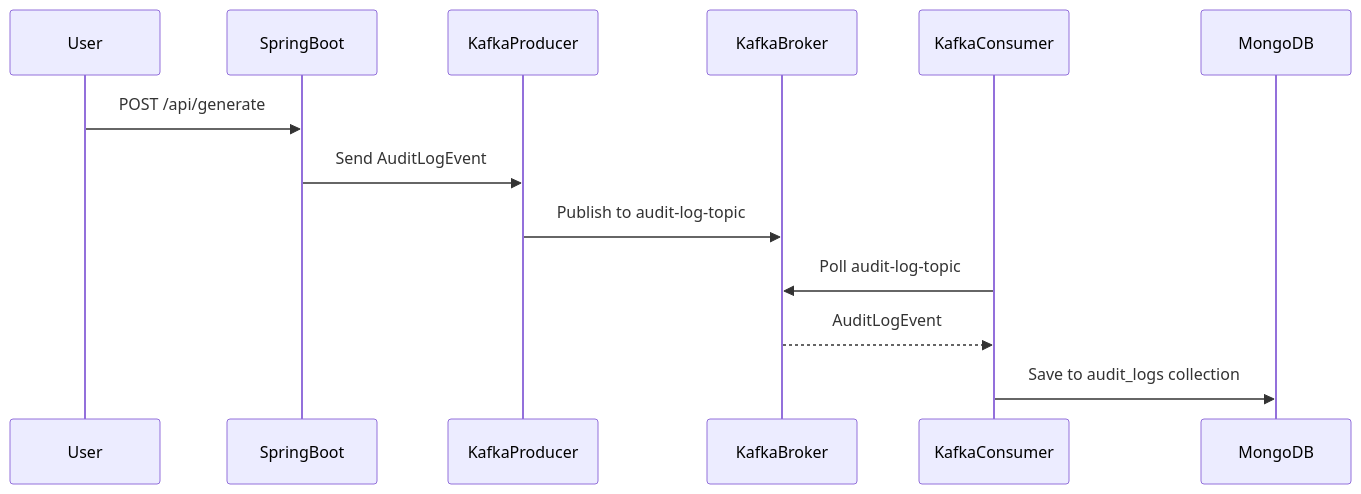
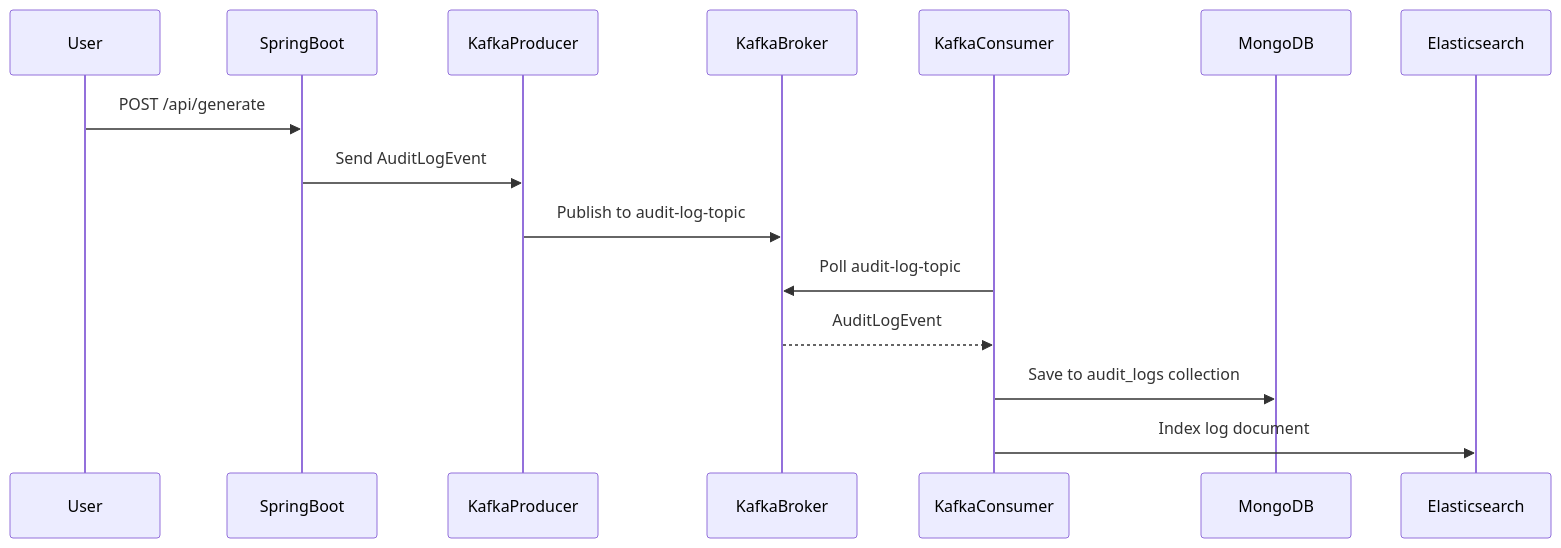
Before and after one commit to xmyLydia/rapid-crud-generator: the diagram in README.md, drawn with Mermaid. The commit also changed other lines of this file and 9 other files, not shown here.

````diff
--- a/README.md
+++ b/README.md
@@ -121,10 +147,10 @@
 ```mermaid
 sequenceDiagram
     User->>SpringBoot: POST /api/generate
     SpringBoot->>KafkaProducer: Send AuditLogEvent
     KafkaProducer->>KafkaBroker: Publish to audit-log-topic
     KafkaConsumer->>KafkaBroker: Poll audit-log-topic
     KafkaBroker-->>KafkaConsumer: AuditLogEvent
     KafkaConsumer->>MongoDB: Save to audit_logs collection
-
+    KafkaConsumer->>Elasticsearch: Index log document
 ```
````
